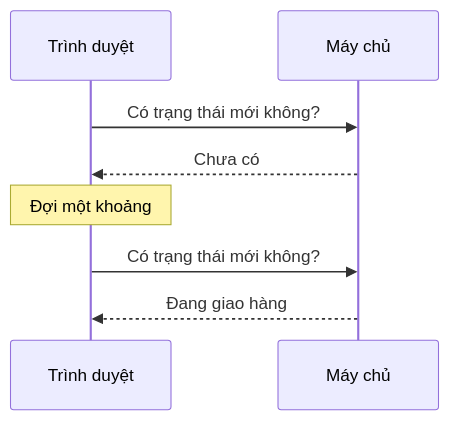
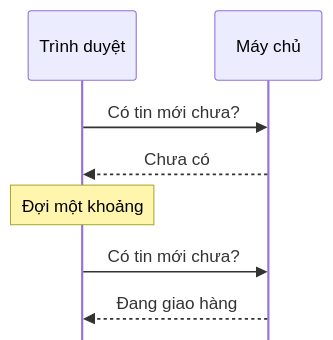
Before and after one commit to vohoailinh90/Agentic-coding-course: the first of 4 diagrams in brainstorm/system-design-101-vi/visual-prototype.md, drawn with Mermaid. The commit also changed other lines of this file and 4 other files, not shown here.

````diff
--- a/brainstorm/system-design-101-vi/visual-prototype.md
+++ b/brainstorm/system-design-101-vi/visual-prototype.md
@@ -10,10 +10,11 @@
 ```mermaid
+%%{init: {"sequence": {"width": 100, "actorMargin": 30, "messageMargin": 24, "mirrorActors": false}}}%%
 sequenceDiagram
     participant C as Trình duyệt
     participant S as Máy chủ
-    C->>S: Có trạng thái mới không?
+    C->>S: Có tin mới chưa?
     S-->>C: Chưa có
     Note over C: Đợi một khoảng
-    C->>S: Có trạng thái mới không?
+    C->>S: Có tin mới chưa?
     S-->>C: Đang giao hàng
 ```
````
